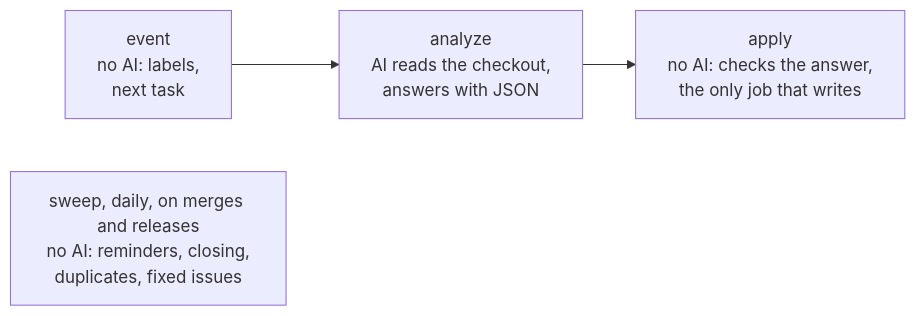
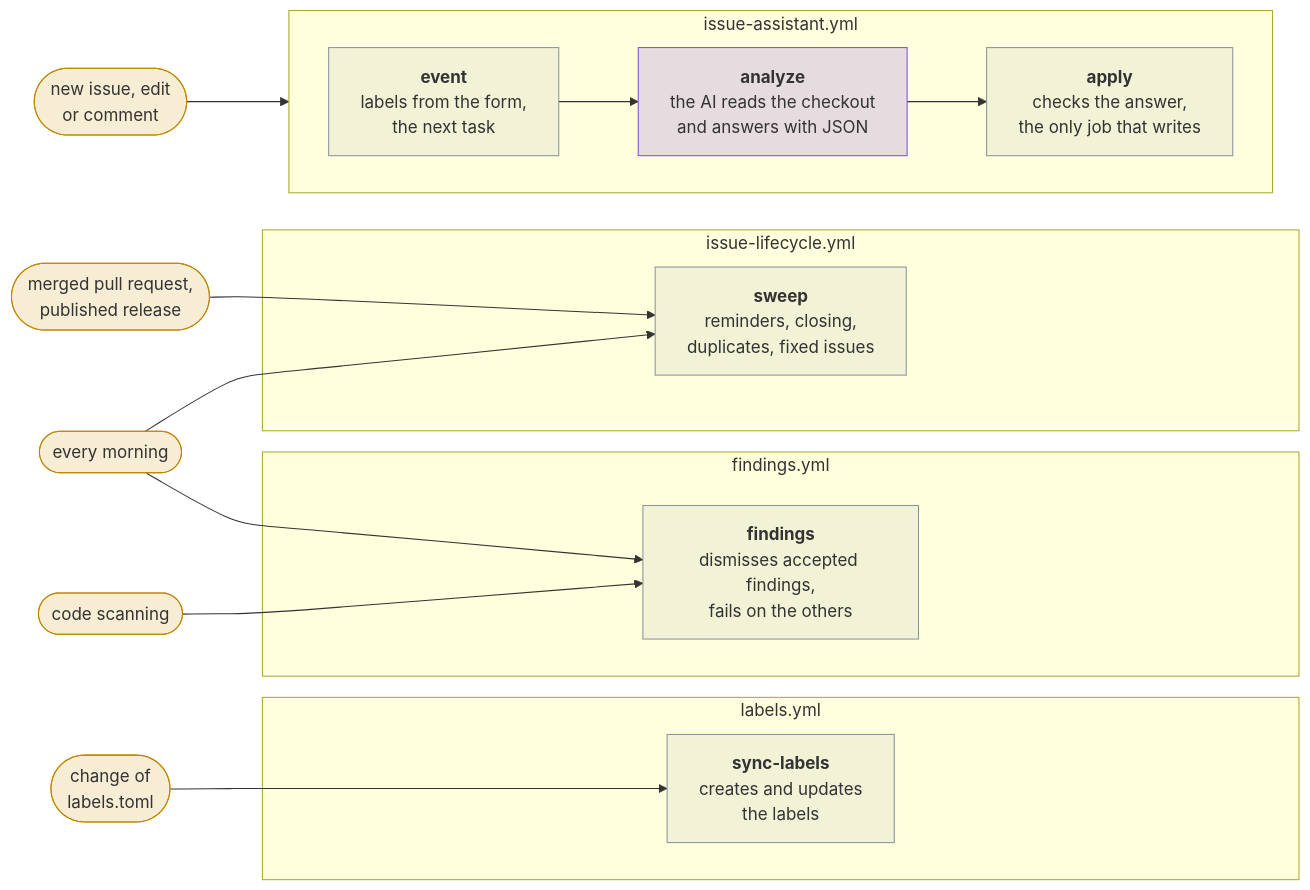
Before and after one commit to Dennis-Otto/issue-assistant: the first of 2 diagrams in docs/architecture.md, drawn with Mermaid. The commit also changed other lines of this file and 23 other files, not shown here.

First line of the commit message:
docs: show the assistant at work in pictures, an animation and diagrams (#35)

````diff
--- a/docs/architecture.md
+++ b/docs/architecture.md
@@ -27,6 +27,29 @@
 ```mermaid
 flowchart LR
-  E["event<br/>no AI: labels,<br/>next task"] --> A["analyze<br/>AI reads the checkout,<br/>answers with JSON"]
-  A --> P["apply<br/>no AI: checks the answer,<br/>the only job that writes"]
-  S["sweep, daily, on merges and releases<br/>no AI: reminders, closing,<br/>duplicates, fixed issues"]
+  changed(["change of<br/>labels.toml"]) --> sync
+  subgraph labelling ["labels.yml"]
+    sync["<b>sync-labels</b><br/>creates and updates<br/>the labels"]
+  end
+  scanned(["code scanning"]) --> findings
+  subgraph scanning ["findings.yml"]
+    findings["<b>findings</b><br/>dismisses accepted findings,<br/>fails on the others"]
+  end
+  daily(["every morning"]) --> findings
+  daily --> sweep
+  shipped(["merged pull request,<br/>published release"]) --> sweep
+  subgraph lifecycle ["issue-lifecycle.yml"]
+    sweep["<b>sweep</b><br/>reminders, closing,<br/>duplicates, fixed issues"]
+  end
+  opened(["new issue, edit<br/>or comment"]) --> event
+  subgraph assistant ["issue-assistant.yml"]
+    direction LR
+    event["<b>event</b><br/>labels from the form,<br/>the next task"] --> analyze["<b>analyze</b><br/>the AI reads the checkout<br/>and answers with JSON"]
+    analyze --> apply["<b>apply</b><br/>checks the answer,<br/>the only job that writes"]
+  end
+  classDef ai fill:#8250df33,stroke:#8250df
+  classDef job fill:#8c959f1f,stroke:#8c959f
+  classDef trigger fill:#d4a72c33,stroke:#bf8700
+  class analyze ai
+  class event,apply,sweep,sync,findings job
+  class opened,daily,shipped,changed,scanned trigger
 ```
````
